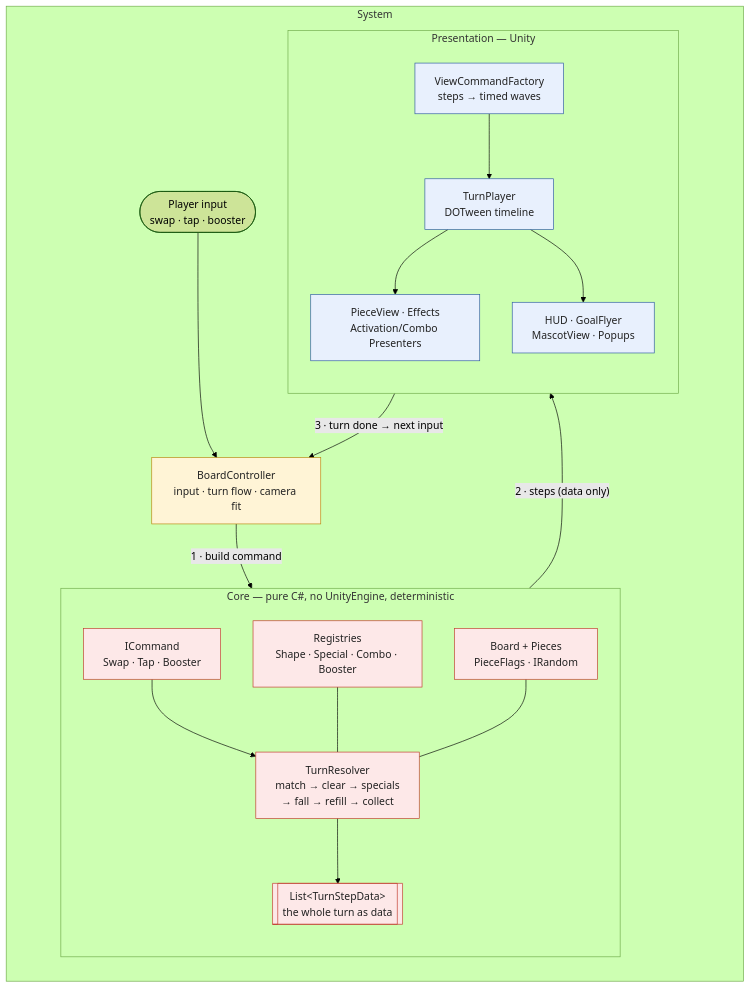
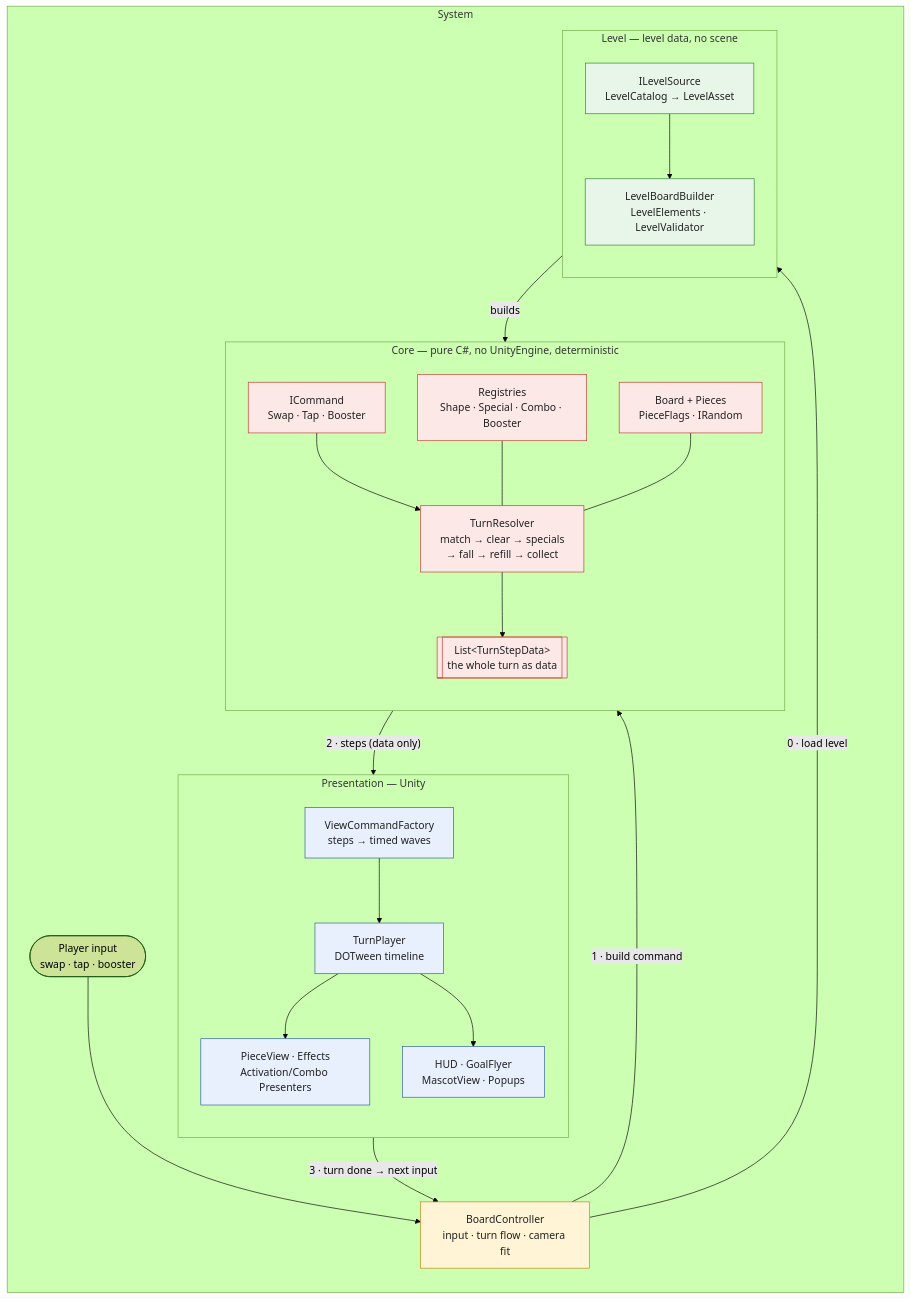
Before and after one commit to samiloztoprak/match3: the diagram in docs/ARCHITECTURE.md, drawn with Mermaid (forest theme). The commit also changed other lines of this file and 154 other files, not shown here.

First line of the commit message:
Move levels to LevelData and LevelAsset

````diff
--- a/docs/ARCHITECTURE.md
+++ b/docs/ARCHITECTURE.md
@@ -19,43 +19,54 @@
 ```mermaid
 flowchart LR
     Input(["Player input<br/>swap · tap · booster"])
  subgraph System["System"]
     subgraph Core["Core — pure C#, no UnityEngine, deterministic"]
         direction TB
         CMD["ICommand<br/>Swap · Tap · Booster"]
         TR["TurnResolver<br/>match → clear → specials<br/>→ fall → refill → collect"]
         REG["Registries<br/>Shape · Special · Combo · Booster"]
         BRD["Board + Pieces<br/>PieceFlags · IRandom"]
         STEPS[["List&lt;TurnStepData&gt;<br/>the whole turn as data"]]
         CMD --> TR
         REG --- TR
         BRD --- TR
         TR --> STEPS
     end
 
    
     subgraph Pres["Presentation — Unity"]
         direction TB
         VCF["ViewCommandFactory<br/>steps → timed waves"]
         TP["TurnPlayer<br/>DOTween timeline"]
         PV["PieceView · Effects<br/>Activation/Combo Presenters"]
         UI["HUD · GoalFlyer<br/>MascotView · Popups"]
         VCF --> TP --> PV
         TP --> UI
     end
 
     BCtrl["BoardController<br/>input · turn flow · camera fit"]
 
+    subgraph Lvl["Level — level data, no scene"]
+        direction TB
+        LS["ILevelSource<br/>LevelCatalog → LevelAsset"]
+        LB["LevelBoardBuilder<br/>LevelElements · LevelValidator"]
+        LS --> LB
+    end
+
     Input --> BCtrl
+    BCtrl -->|"0 · load level"| LS
+    LB -->|"builds"| BRD
     BCtrl -->|"1 · build command"| CMD
     STEPS -->|"2 · steps (data only)"| VCF
     TP -->|"3 · turn done → next input"| BCtrl
 
     classDef core fill:#fde8e8,stroke:#c0392b,color:#222
     classDef pres fill:#e8f0fd,stroke:#2c5aa0,color:#222
     classDef ctrl fill:#fff4d6,stroke:#b8860b,color:#222
     class CMD,TR,REG,BRD,STEPS core
     class VCF,TP,PV,UI pres
     class BCtrl ctrl
+    classDef lvl fill:#e8f6ea,stroke:#2e7d32,color:#222
+    class LS,LB lvl
   end
 ```
````
